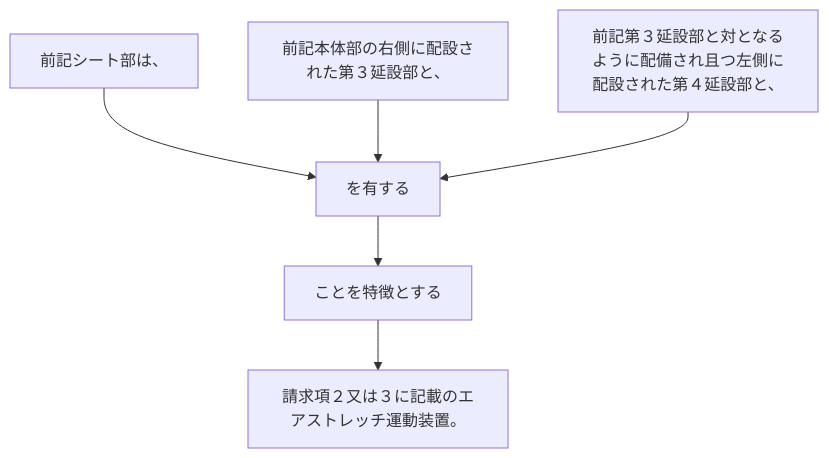
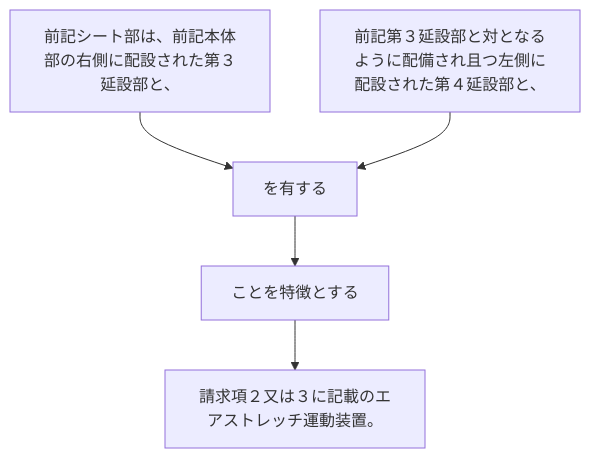
Before and after one commit to shinmori55/patent_analyzed: the diagram in 2024/JP2024021337A/claim_4/README.md, drawn with Mermaid. The commit also changed 336 other files, not shown here.

````diff
--- a/2024/JP2024021337A/claim_4/README.md
+++ b/2024/JP2024021337A/claim_4/README.md
@@ -3,14 +3,12 @@
 ```mermaid
 flowchart TD
-A[前記シート部は、]
-B[前記本体部の右側に配設された第３延設部と、]
-C[前記第３延設部と対となるように配備され且つ左側に配設された第４延設部と、]
-D[を有する]
-E[ことを特徴とする]
-F[請求項２又は３に記載のエアストレッチ運動装置。]
-A --> D
-B --> D
+A[前記シート部は、前記本体部の右側に配設された第３延設部と、]
+B[前記第３延設部と対となるように配備され且つ左側に配設された第４延設部と、]
+C[を有する]
+D[ことを特徴とする]
+E[請求項２又は３に記載のエアストレッチ運動装置。]
+A --> C
+B --> C
 C --> D
 D --> E
-E --> F
 ```
````
